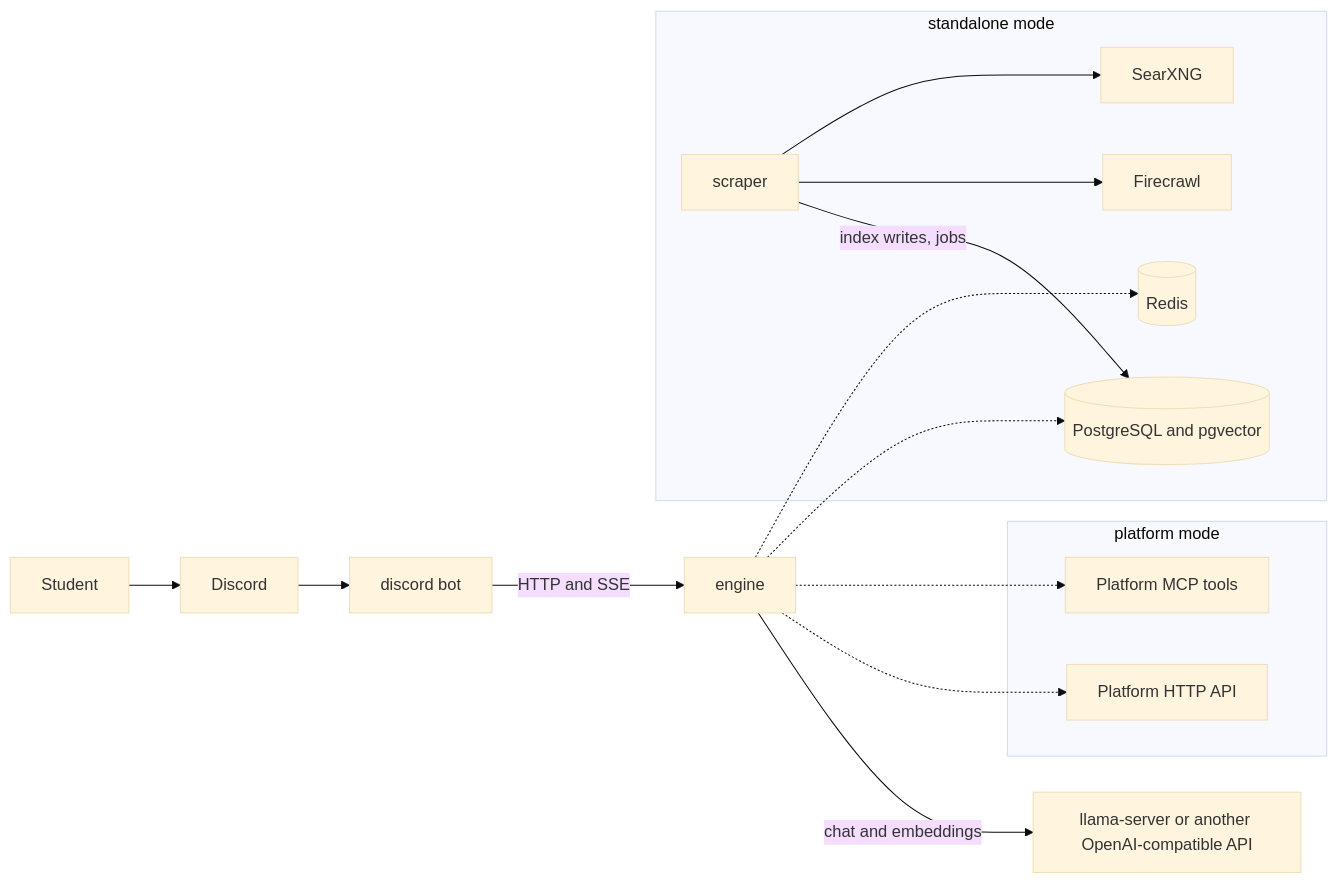
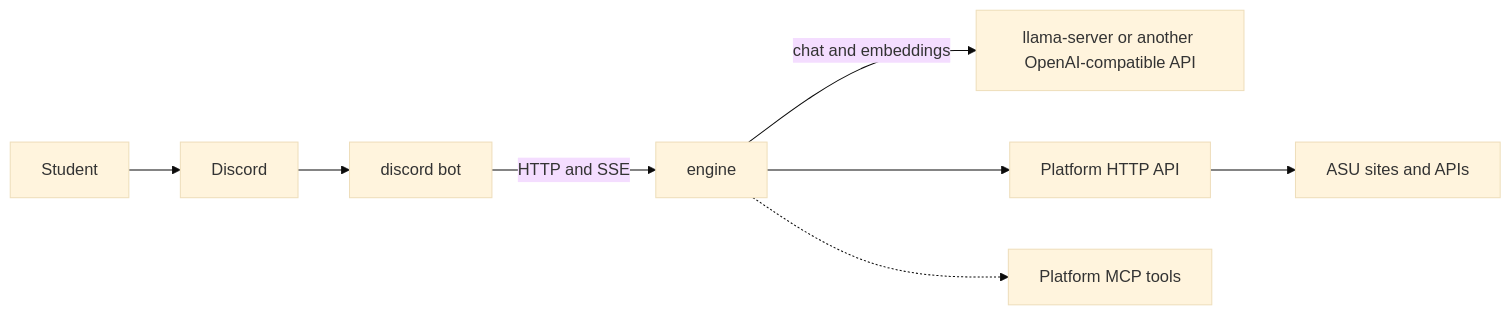
Before and after one commit to ashworks1706/SparkyAI: the diagram in README.md, drawn with Mermaid (base theme). The commit also changed other lines of this file and 256 other files, not shown here.

````diff
--- a/README.md
+++ b/README.md
@@ -22,28 +19,10 @@
 ```mermaid
 flowchart LR
     U["Student"] --> DC["Discord"]
     DC --> BOT["discord bot"]
     BOT -->|"HTTP and SSE"| ENG["engine"]
     ENG -->|"chat and embeddings"| LLM["llama-server or another OpenAI-compatible API"]
-
-    subgraph platform ["platform mode"]
-        API["Platform HTTP API"]
-        PMCP["Platform MCP tools"]
-    end
-
-    subgraph standalone ["standalone mode"]
-        PG[("PostgreSQL and pgvector")]
-        RD[("Redis")]
-        SCR["scraper"]
-        FC["Firecrawl"]
-        SX["SearXNG"]
-    end
-
-    ENG -.-> API
-    ENG -.-> PMCP
-    ENG -.-> PG
-    ENG -.-> RD
-    SCR -->|"index writes, jobs"| PG
-    SCR --> FC
-    SCR --> SX
+    ENG --> API["Platform HTTP API"]
+    ENG -.-> PMCP["Platform MCP tools"]
+    API --> ASU["ASU sites and APIs"]
 ```
````
